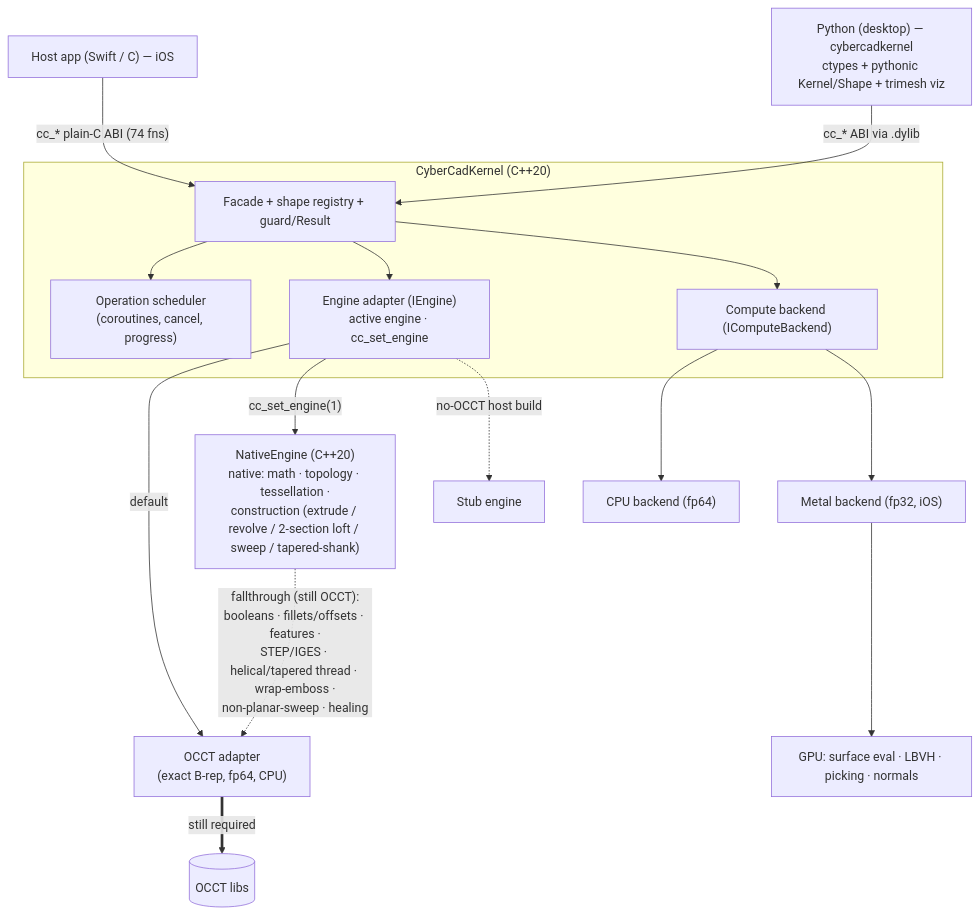
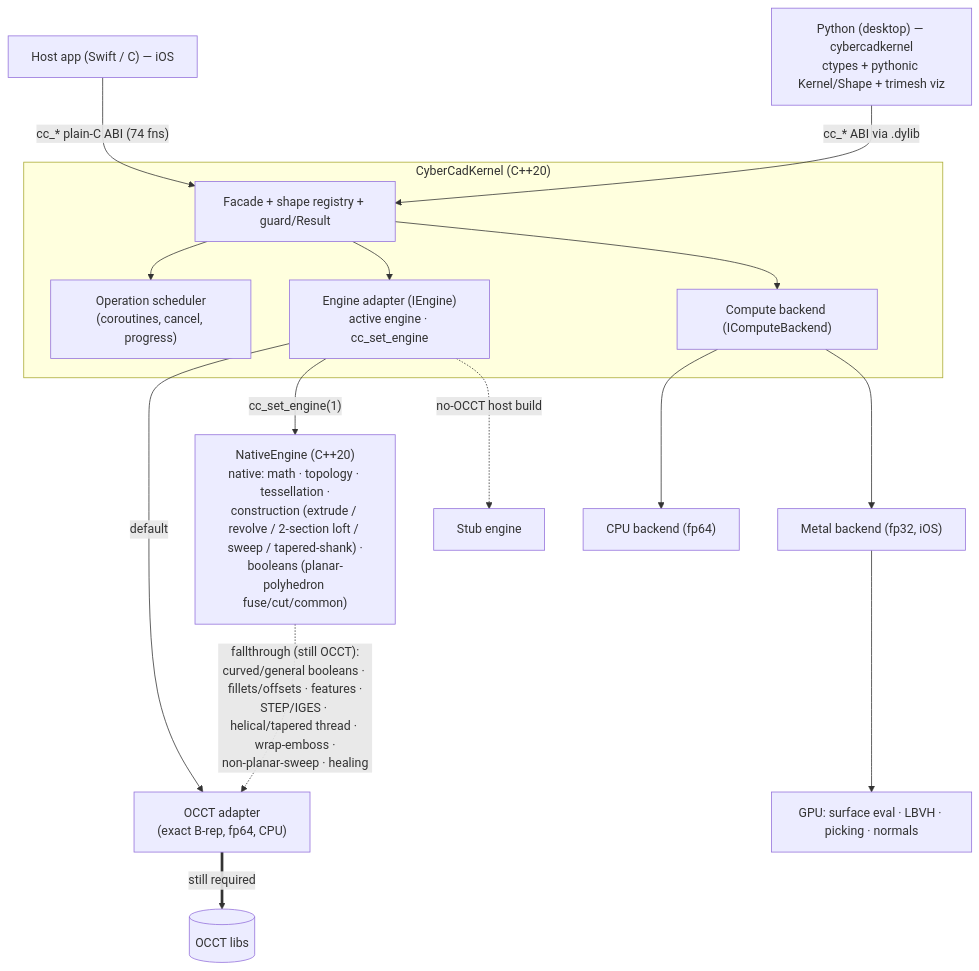
The diagram in README.md (CyberdyneCorp/CyberCadKernel), drawn with Mermaid before and after one commit. The commit also changed other lines of this file and 25 other files, not shown here.

````diff
--- a/README.md
+++ b/README.md
@@ -33,27 +33,27 @@
 ```mermaid
 flowchart TD
     App["Host app (Swift / C) — iOS"] -->|"cc_* plain-C ABI (74 fns)"| Facade
     Py["Python (desktop) — cybercadkernel<br/>ctypes + pythonic Kernel/Shape + trimesh viz"] -->|"cc_* ABI via .dylib"| Facade
 
     subgraph Kernel["CyberCadKernel (C++20)"]
         Facade["Facade + shape registry + guard/Result"]
         Sched["Operation scheduler<br/>(coroutines, cancel, progress)"]
         Engine["Engine adapter (IEngine)<br/>active engine · cc_set_engine"]
         Compute["Compute backend (IComputeBackend)"]
 
         Facade --> Sched
         Facade --> Engine
         Facade --> Compute
     end
 
     Engine -->|"default"| OCCT["OCCT adapter<br/>(exact B-rep, fp64, CPU)"]
-    Engine -->|"cc_set_engine(1)"| Native["NativeEngine (C++20)<br/>native: math · topology · tessellation ·<br/>construction (extrude / revolve / 2-section loft / sweep / tapered-shank)"]
+    Engine -->|"cc_set_engine(1)"| Native["NativeEngine (C++20)<br/>native: math · topology · tessellation ·<br/>construction (extrude / revolve / 2-section loft / sweep / tapered-shank) ·<br/>booleans (planar-polyhedron fuse/cut/common)"]
     Engine -.->|"no-OCCT host build"| Stub["Stub engine"]
 
-    Native -.->|"fallthrough (still OCCT):<br/>booleans · fillets/offsets · features ·<br/>STEP/IGES · helical/tapered thread · wrap-emboss ·<br/>non-planar-sweep · healing"| OCCT
+    Native -.->|"fallthrough (still OCCT):<br/>curved/general booleans · fillets/offsets · features ·<br/>STEP/IGES · helical/tapered thread · wrap-emboss ·<br/>non-planar-sweep · healing"| OCCT
     OCCT ==>|"still required"| OCCTlib[("OCCT libs")]
 
     Compute --> CPUb["CPU backend (fp64)"]
     Compute --> Metal["Metal backend (fp32, iOS)"]
     Metal --> GPU["GPU: surface eval · LBVH · picking · normals"]
 ```
````
